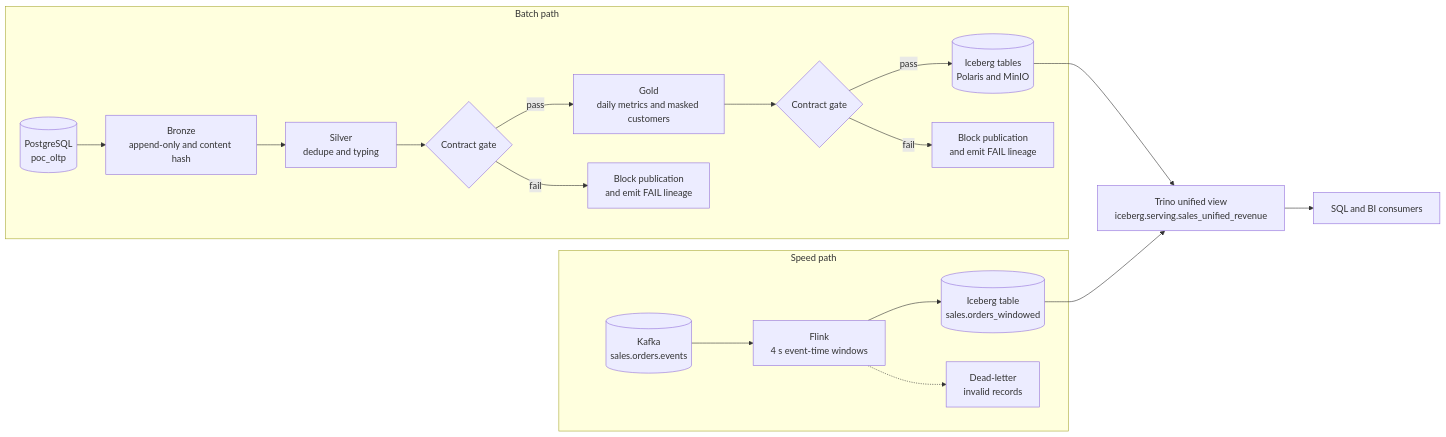
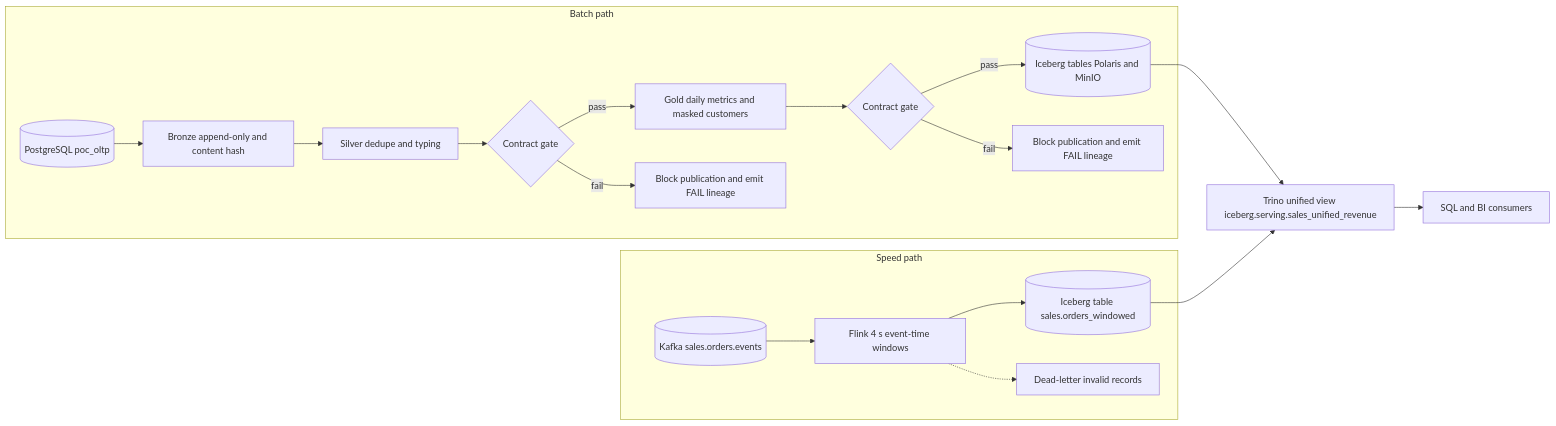
Before and after one commit to sergio11/cloud_native_data_architecture_poc: the second of 9 diagrams in README.md, drawn with Mermaid. The commit also changed other lines of this file, not shown here.

Commit message:
docs(readme): align title and harden Mermaid diagrams

````diff
--- a/README.md
+++ b/README.md
@@ -142,23 +144,23 @@
 ```mermaid
-flowchart LR
+graph LR
     subgraph BATCH["Batch path"]
-        PG[("PostgreSQL<br/>poc_oltp")] --> BRONZE["Bronze<br/>append-only and content hash"]
-        BRONZE --> SILVER["Silver<br/>dedupe and typing"]
+        PG[("PostgreSQL poc_oltp")] --> BRONZE["Bronze append-only and content hash"]
+        BRONZE --> SILVER["Silver dedupe and typing"]
         SILVER --> G1{"Contract gate"}
-        G1 -->|pass| GOLD["Gold<br/>daily metrics and masked customers"]
-        G1 -->|fail| BLOCK1["Block publication<br/>and emit FAIL lineage"]
+        G1 -->|pass| GOLD["Gold daily metrics and masked customers"]
+        G1 -->|fail| BLOCK1["Block publication and emit FAIL lineage"]
         GOLD --> G2{"Contract gate"}
-        G2 -->|pass| ICE[("Iceberg tables<br/>Polaris and MinIO")]
-        G2 -->|fail| BLOCK2["Block publication<br/>and emit FAIL lineage"]
+        G2 -->|pass| ICE[("Iceberg tables Polaris and MinIO")]
+        G2 -->|fail| BLOCK2["Block publication and emit FAIL lineage"]
     end
 
     subgraph SPEED["Speed path"]
-        K[("Kafka<br/>sales.orders.events")] --> F["Flink<br/>4 s event-time windows"]
-        F --> SPEEDICE[("Iceberg table<br/>sales.orders_windowed")]
-        F -.-> DLQ["Dead-letter<br/>invalid records"]
+        K[("Kafka sales.orders.events")] --> F["Flink 4 s event-time windows"]
+        F --> SPEEDICE[("Iceberg table sales.orders_windowed")]
+        F -.-> DLQ["Dead-letter invalid records"]
     end
 
-    ICE --> VIEW["Trino unified view<br/>iceberg.serving.sales_unified_revenue"]
+    ICE --> VIEW["Trino unified view iceberg.serving.sales_unified_revenue"]
     SPEEDICE --> VIEW
     VIEW --> CONSUMERS["SQL and BI consumers"]
 ```
````
